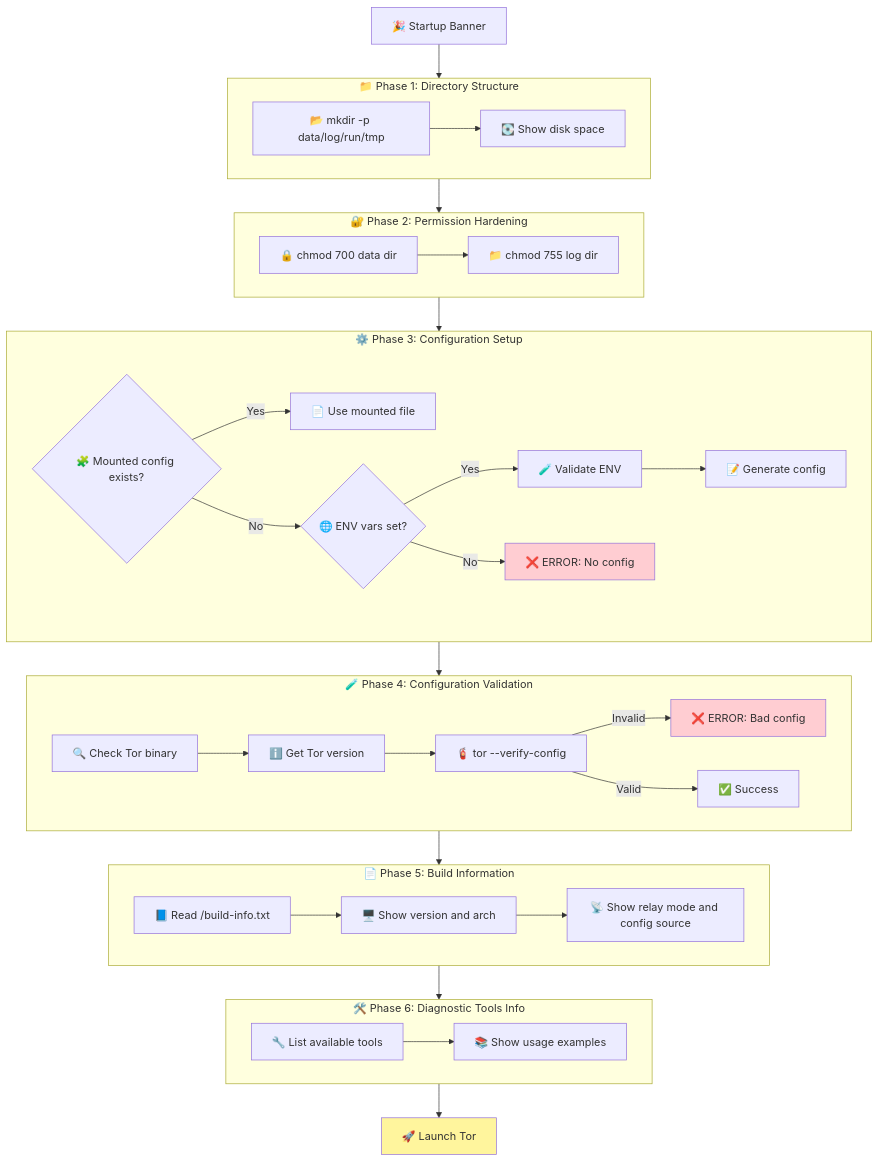
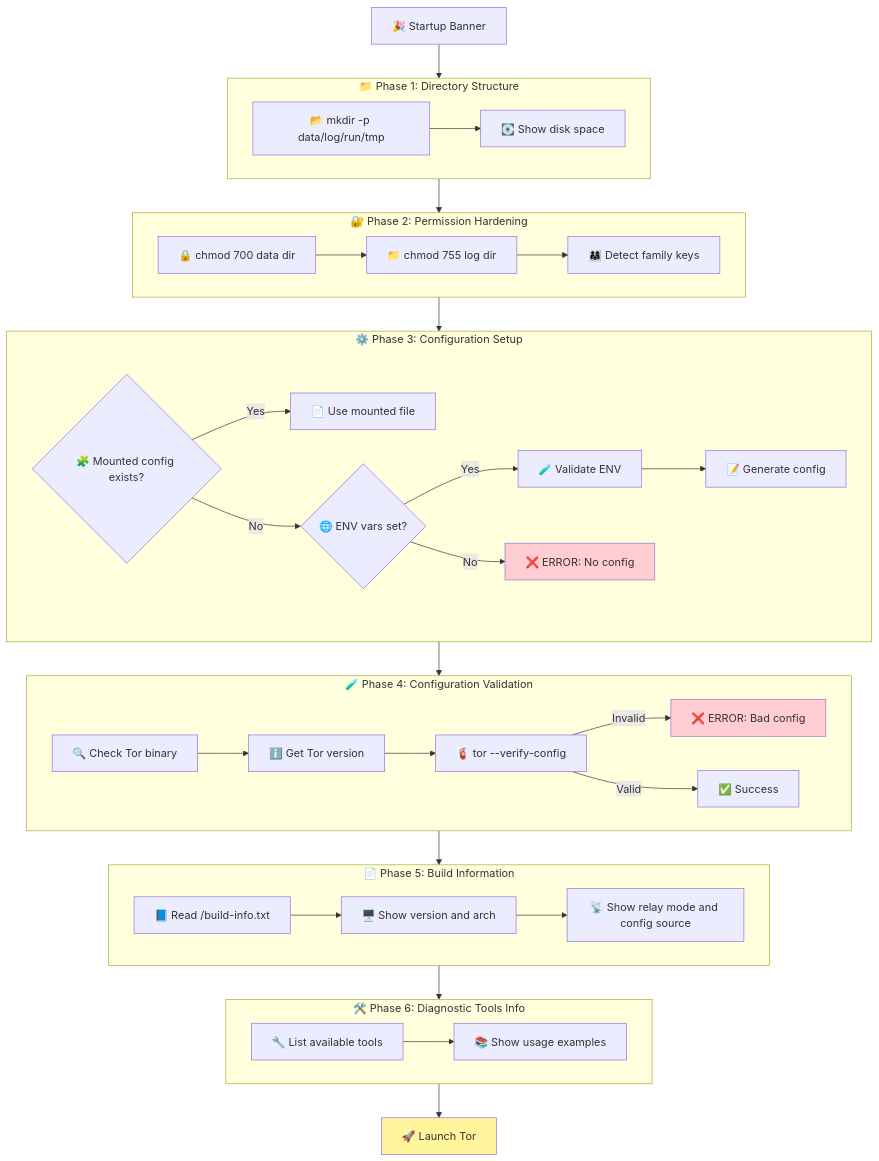
Before and after one commit to r3bo0tbx1/tor-guard-relay: the second of 13 diagrams in docs/ARCHITECTURE.md, drawn with Mermaid. The commit also changed other lines of this file and 38 other files, not shown here.

````diff
--- a/docs/ARCHITECTURE.md
+++ b/docs/ARCHITECTURE.md
@@ -87,46 +89,47 @@
 ```mermaid
 flowchart TD
     Banner[🎉 Startup Banner] --> P1
 
     subgraph P1["📁 Phase 1: Directory Structure"]
         P1_1[📂 mkdir -p data/log/run/tmp] --> P1_2[💽 Show disk space]
     end
 
     subgraph P2["🔐 Phase 2: Permission Hardening"]
         P2_1[🔒 chmod 700 data dir] --> P2_2[📁 chmod 755 log dir]
+        P2_2 --> P2_3[👨‍👩‍👧 Detect family keys]
     end
 
     subgraph P3["⚙️ Phase 3: Configuration Setup"]
         P3_1{🧩 Mounted config exists?} -->|Yes| P3_2[📄 Use mounted file]
         P3_1 -->|No| P3_3{🌐 ENV vars set?}
         P3_3 -->|Yes| P3_4[🧪 Validate ENV] --> P3_5[📝 Generate config]
         P3_3 -->|No| P3_6[❌ ERROR: No config]
     end
 
     subgraph P4["🧪 Phase 4: Configuration Validation"]
         P4_1[🔍 Check Tor binary] --> P4_2[ℹ️ Get Tor version]
         P4_2 --> P4_3[🧯 tor --verify-config]
         P4_3 -->|Invalid| P4_4[❌ ERROR: Bad config]
         P4_3 -->|Valid| P4_5[✅ Success]
     end
 
     subgraph P5["📄 Phase 5: Build Information"]
         P5_1[📘 Read /build-info.txt] --> P5_2[🖥️ Show version and arch]
         P5_2 --> P5_3[📡 Show relay mode and config source]
     end
 
     subgraph P6["🛠️ Phase 6: Diagnostic Tools Info"]
         P6_1[🔧 List available tools] --> P6_2[📚 Show usage examples]
     end
 
     P1 --> P2
     P2 --> P3
     P3 --> P4
     P4 --> P5
     P5 --> P6
     P6 --> Launch[🚀 Launch Tor]
 
     style P3_6 fill:#ffcdd2
     style P4_4 fill:#ffcdd2
     style Launch fill:#fff59d
 ```
````
